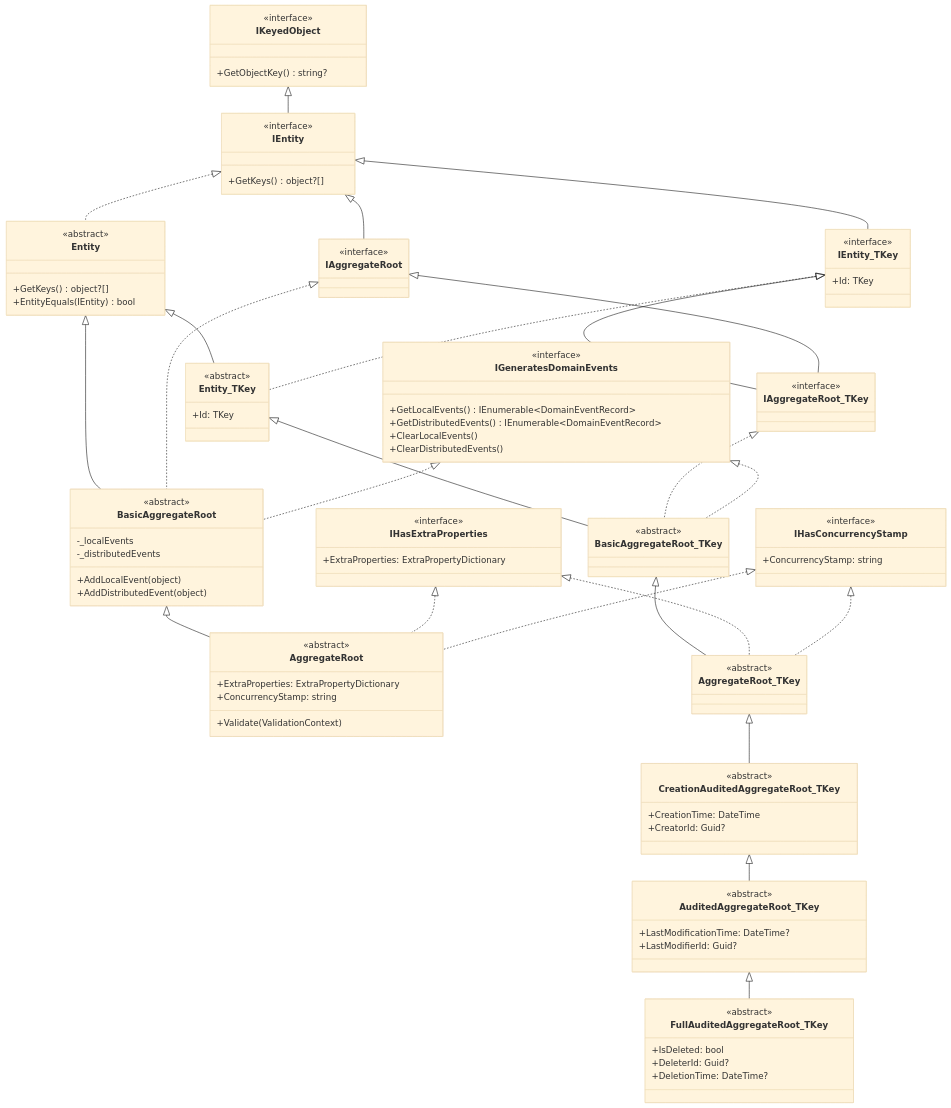
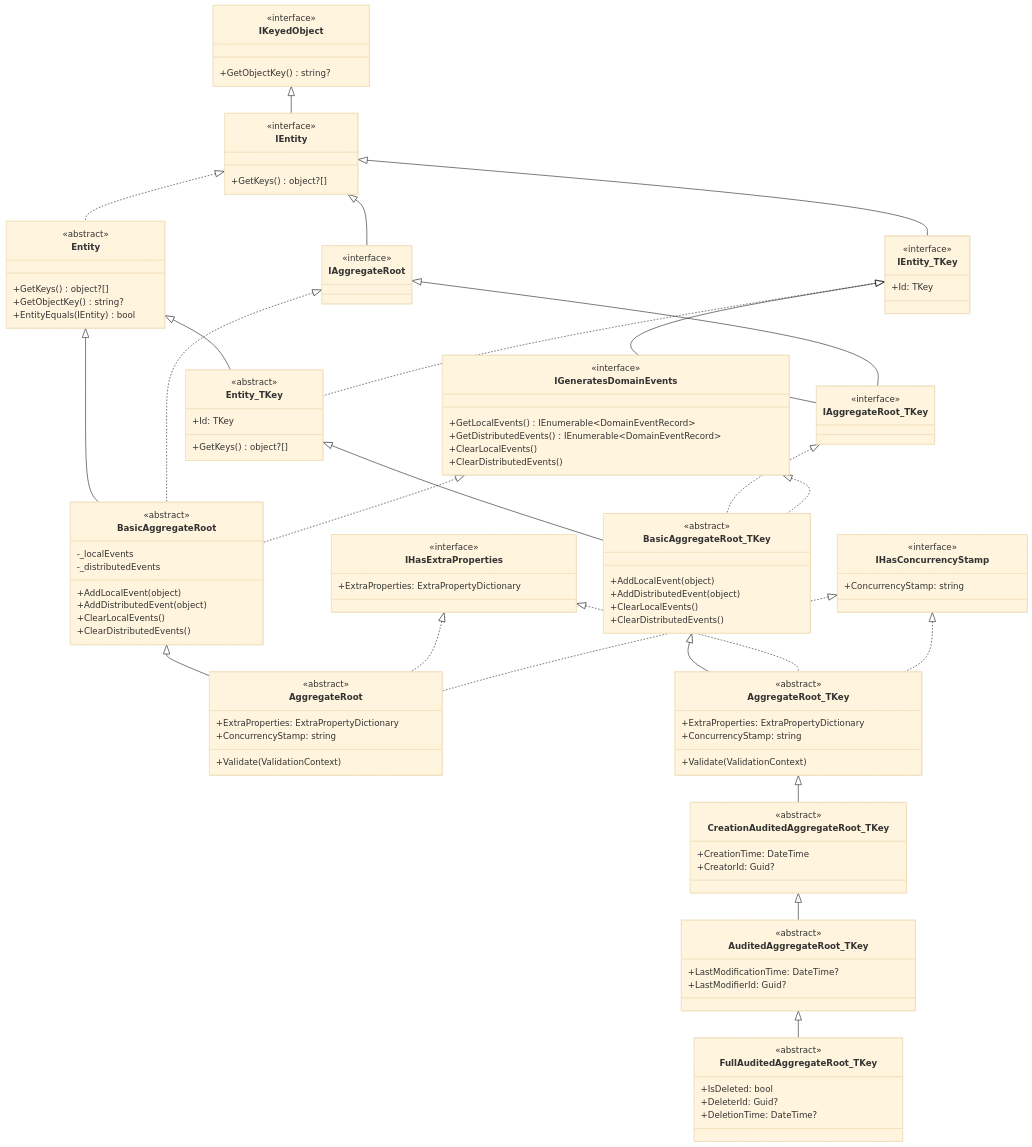
The first of 2 diagrams in ddd/entities-aggregates.mdx (mintlify-atlas/docs-wiki-a1b1ff33), drawn with Mermaid (base theme) before and after one commit. The commit also changed other lines of this file and 51 other files, not shown here.

```diff
--- a/ddd/entities-aggregates.mdx
+++ b/ddd/entities-aggregates.mdx
@@ -51,11 +51,13 @@
     class Entity {
         <<abstract>>
         +GetKeys() object?[]
+        +GetObjectKey() string?
         +EntityEquals(IEntity) bool
     }
     class Entity_TKey {
         <<abstract>>
         +Id: TKey
+        +GetKeys() object?[]
     }
     class BasicAggregateRoot {
         <<abstract>>
@@ -63,9 +65,15 @@
         -_distributedEvents
         +AddLocalEvent(object)
         +AddDistributedEvent(object)
+        +ClearLocalEvents()
+        +ClearDistributedEvents()
     }
     class BasicAggregateRoot_TKey {
         <<abstract>>
+        +AddLocalEvent(object)
+        +AddDistributedEvent(object)
+        +ClearLocalEvents()
+        +ClearDistributedEvents()
     }
     class AggregateRoot {
         <<abstract>>
@@ -75,6 +83,9 @@
     }
     class AggregateRoot_TKey {
         <<abstract>>
+        +ExtraProperties: ExtraPropertyDictionary
+        +ConcurrencyStamp: string
+        +Validate(ValidationContext)
     }
     class CreationAuditedAggregateRoot_TKey {
         <<abstract>>
```
